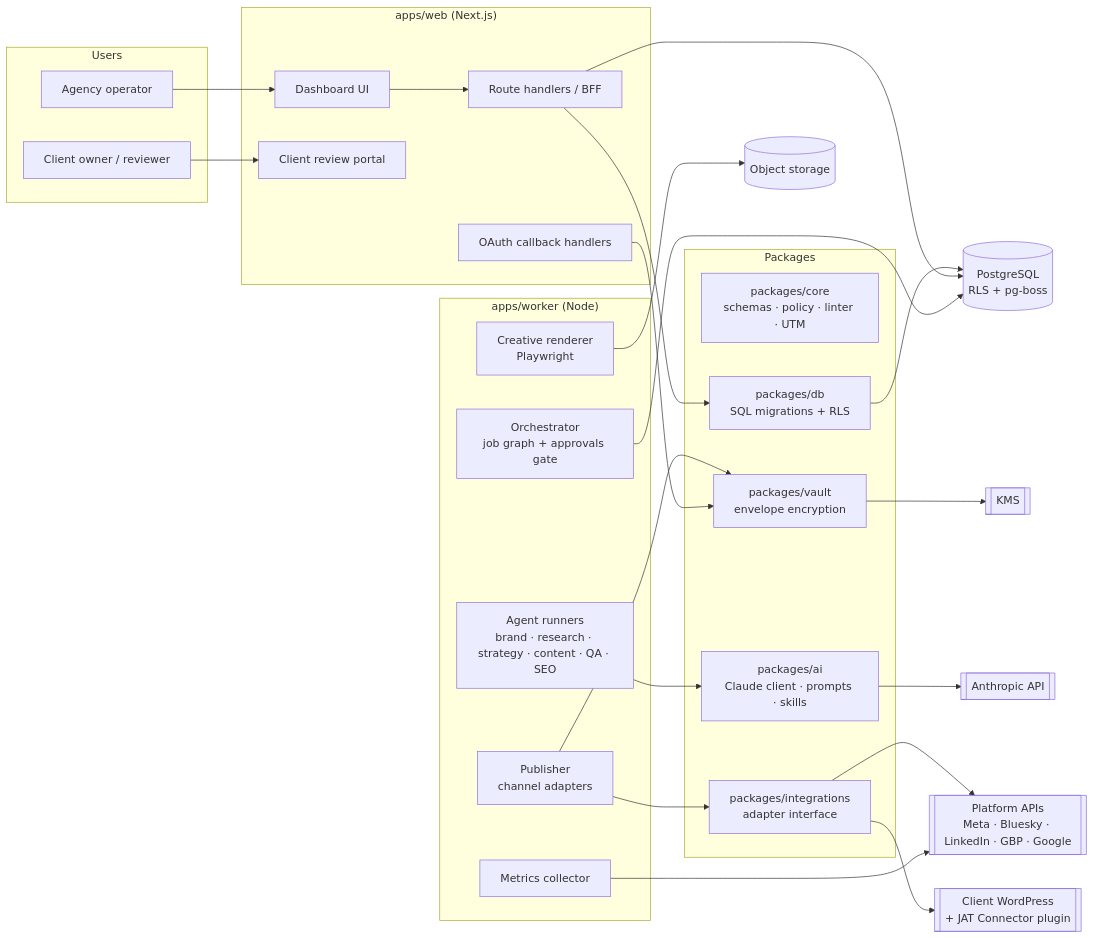
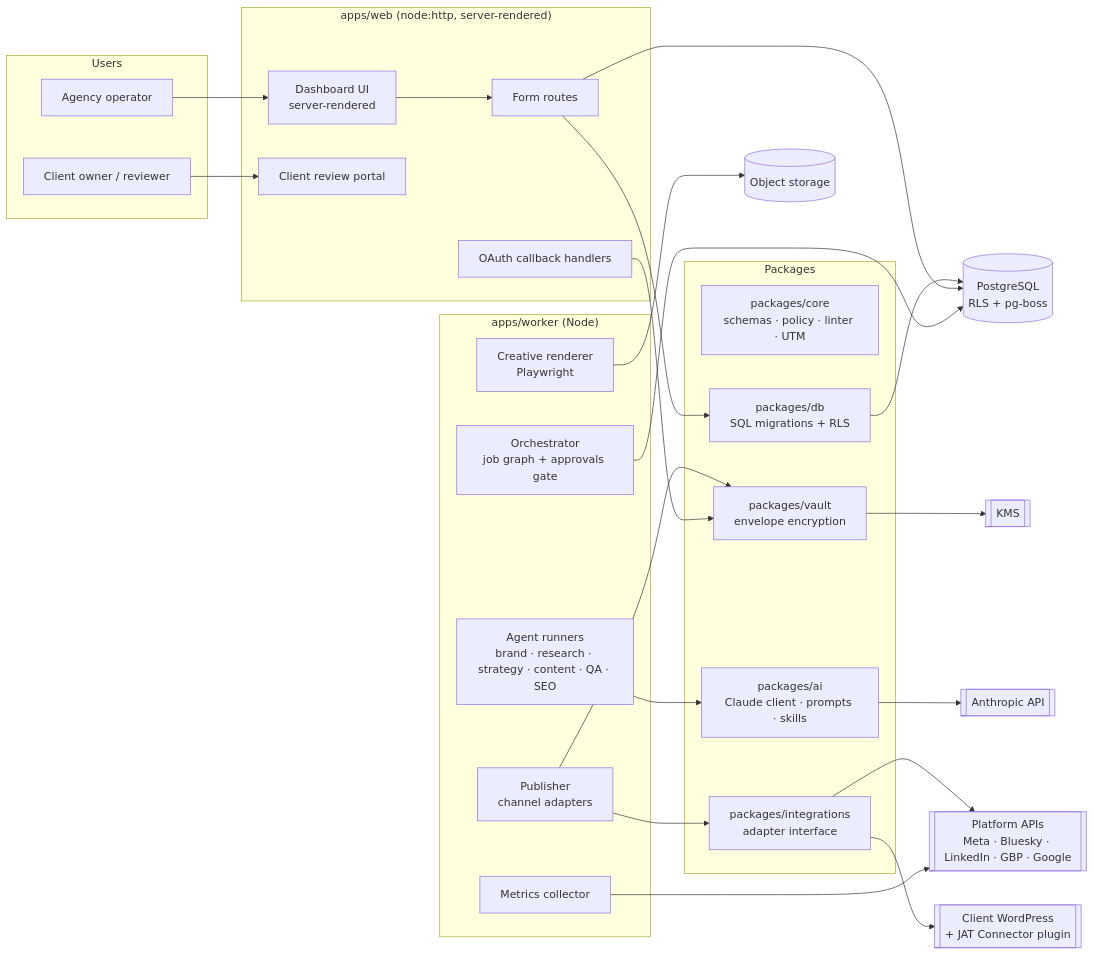
Before and after one commit to CptNope/Social-Media-Automation: the first of 2 diagrams in docs/B-technical-architecture.md, drawn with Mermaid. The commit also changed other lines of this file and 29 other files, not shown here.

````diff
--- a/docs/B-technical-architecture.md
+++ b/docs/B-technical-architecture.md
@@ -22,51 +22,51 @@
 ```mermaid
 flowchart LR
   subgraph Users
     OP[Agency operator]
     CL[Client owner / reviewer]
   end
 
-  subgraph Web["apps/web (Next.js)"]
-    UI[Dashboard UI]
+  subgraph Web["apps/web (node:http, server-rendered)"]
+    UI[Dashboard UI\nserver-rendered]
     RV[Client review portal]
-    API[Route handlers / BFF]
+    API[Form routes]
     OAUTH[OAuth callback handlers]
   end
 
   subgraph Worker["apps/worker (Node)"]
     ORCH[Orchestrator\njob graph + approvals gate]
     AG[Agent runners\nbrand · research · strategy · content · QA · SEO]
     PUB[Publisher\nchannel adapters]
     REN[Creative renderer\nPlaywright]
     MET[Metrics collector]
   end
 
   subgraph Packages
     CORE[packages/core\nschemas · policy · linter · UTM]
     DB[packages/db\nSQL migrations + RLS]
     VAULT[packages/vault\nenvelope encryption]
     AI[packages/ai\nClaude client · prompts · skills]
     INT[packages/integrations\nadapter interface]
   end
 
   PG[(PostgreSQL\nRLS + pg-boss)]
   S3[(Object storage)]
   KMS[[KMS]]
   CLAUDE[[Anthropic API]]
   EXT[[Platform APIs\nMeta · Bluesky · LinkedIn · GBP · Google]]
   WP[[Client WordPress\n+ JAT Connector plugin]]
 
   OP --> UI
   CL --> RV
   UI --> API --> DB --> PG
   API --> PG
   ORCH --> PG
   AG --> AI --> CLAUDE
   PUB --> INT --> EXT
   INT --> WP
   REN --> S3
   VAULT --> KMS
   PUB --> VAULT
   OAUTH --> VAULT
   MET --> EXT
 ```
````
